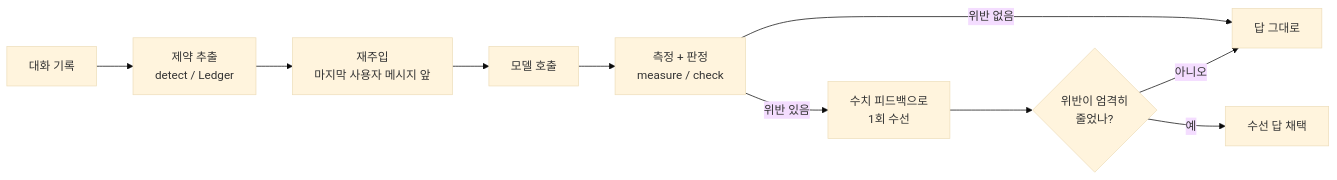
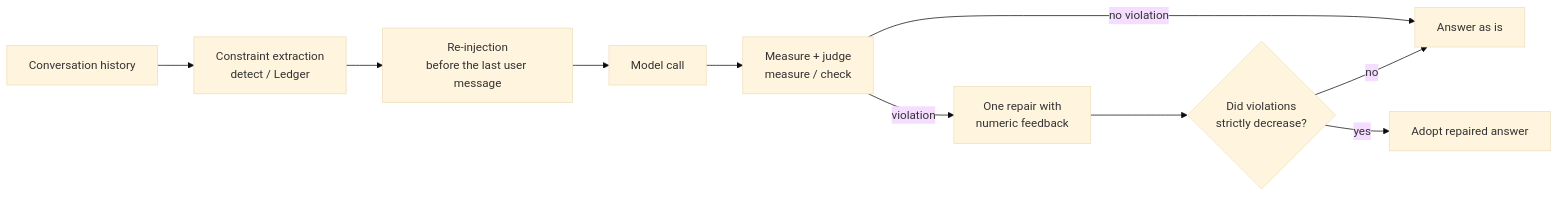
Before and after one commit to LeeGyeongPil/llm-format-guard: the diagram in README.md, drawn with Mermaid (base theme). The commit also changed other lines of this file and 2 other files, not shown here.

````diff
--- a/README.md
+++ b/README.md
@@ -80,12 +82,12 @@
 ```mermaid
 flowchart LR
-    A[대화 기록] --> B[제약 추출<br/>detect / Ledger]
-    B --> C[재주입<br/>마지막 사용자 메시지 앞]
-    C --> D[모델 호출]
-    D --> E[측정 + 판정<br/>measure / check]
-    E -->|위반 없음| F[답 그대로]
-    E -->|위반 있음| G[수치 피드백으로<br/>1회 수선]
-    G --> H{위반이 엄격히<br/>줄었나?}
-    H -->|예| I[수선 답 채택]
-    H -->|아니오| F
+    A["Conversation history"] --> B["Constraint extraction<br/>detect / Ledger"]
+    B --> C["Re-injection<br/>before the last user message"]
+    C --> D["Model call"]
+    D --> E["Measure + judge<br/>measure / check"]
+    E -->|"no violation"| F["Answer as is"]
+    E -->|"violation"| G["One repair with<br/>numeric feedback"]
+    G --> H{"Did violations<br/>strictly decrease?"}
+    H -->|"yes"| I["Adopt repaired answer"]
+    H -->|"no"| F
 ```
````
